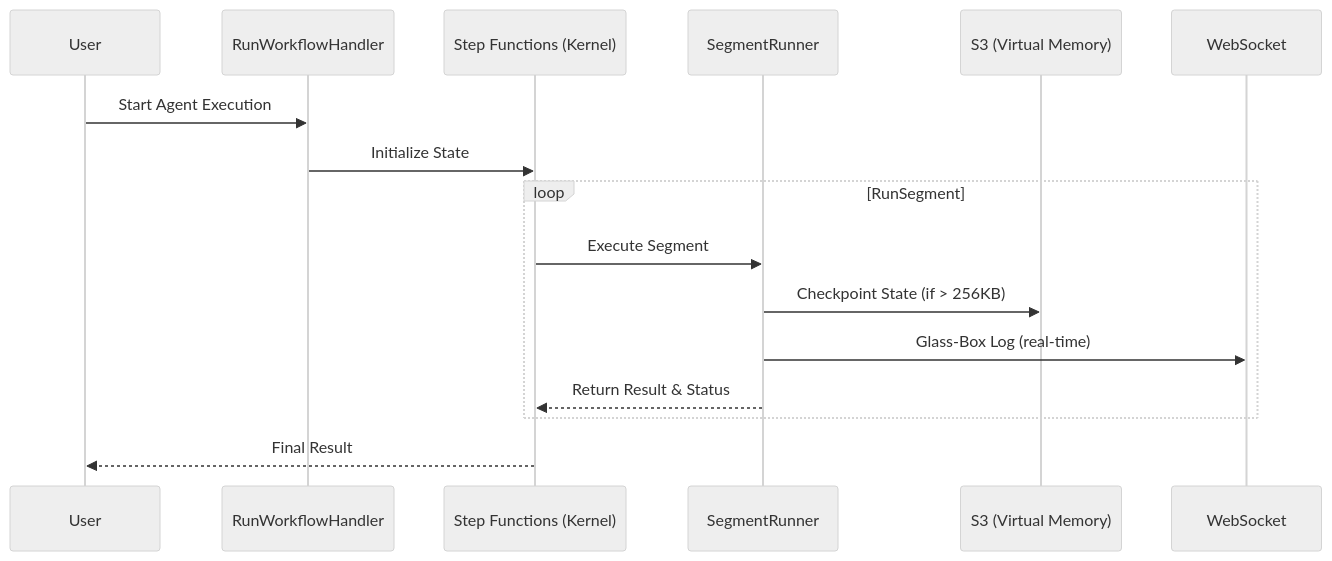
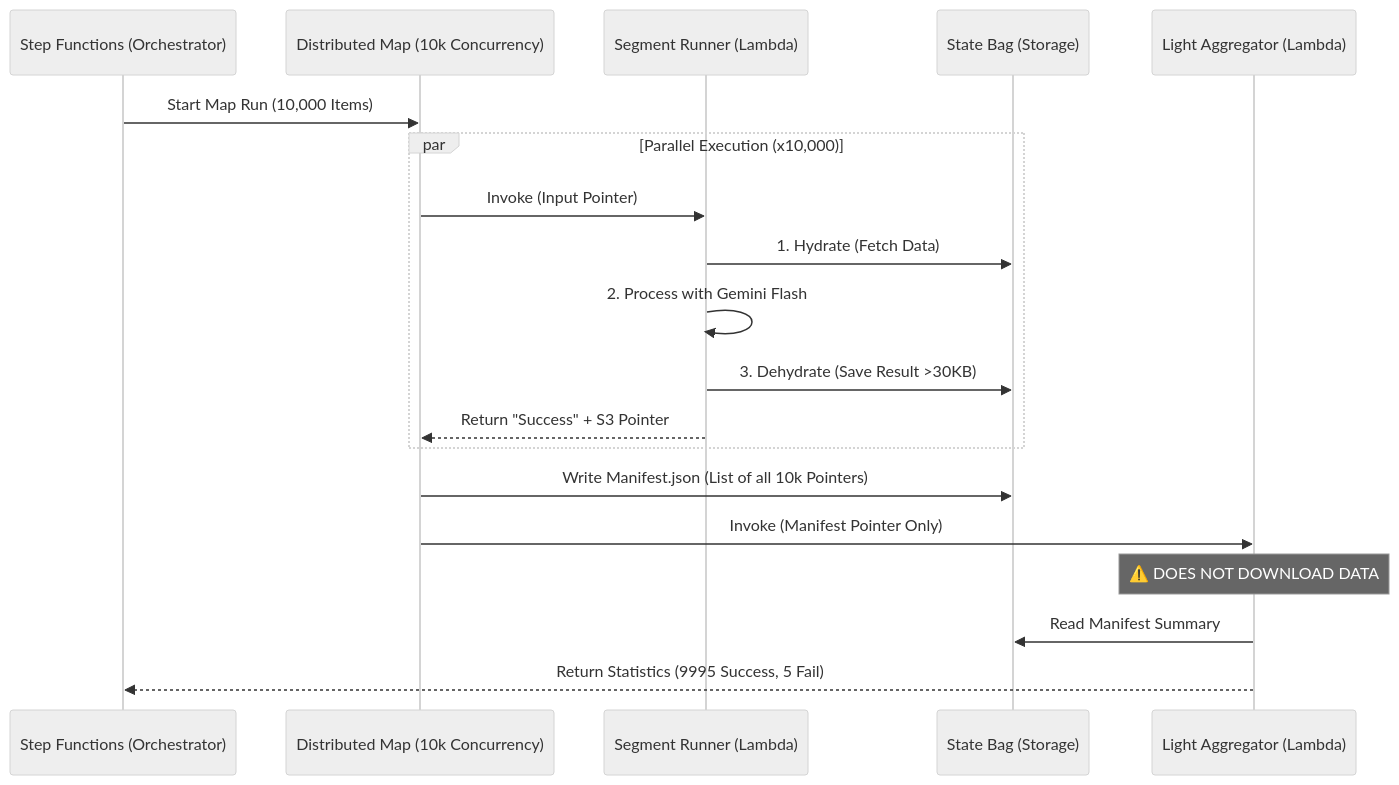
The second of 2 diagrams in analemma-workflow-os/docs/architecture.md (skwuwu/Analemma-Os), drawn with Mermaid (neutral theme) before and after one commit. The commit also changed other lines of this file and 37 other files, not shown here.

First line of the commit message:
Refactor LLM Simulator: Enable SFN Trigger & State Bag Compatibility

````diff
--- a/analemma-workflow-os/docs/architecture.md
+++ b/analemma-workflow-os/docs/architecture.md
@@ -62,21 +146,25 @@
 ```mermaid
 sequenceDiagram
-    participant User
-    participant Handler as RunWorkflowHandler
-    participant SFN as Step Functions (Kernel)
-    participant Lambda as SegmentRunner
-    participant S3 as S3 (Virtual Memory)
-    participant WS as WebSocket
+    participant SFN as Step Functions (Orchestrator)
+    participant Map as Distributed Map (10k Concurrency)
+    participant Worker as Segment Runner (Lambda)
+    participant S3 as State Bag (Storage)
+    participant Agg as Light Aggregator (Lambda)
 
-    User->>Handler: Start Agent Execution
-    Handler->>SFN: Initialize State
+    SFN->>Map: Start Map Run (10,000 Items)
     
-    loop RunSegment
-        SFN->>Lambda: Execute Segment
-        Lambda->>S3: Checkpoint State (if > 256KB)
-        Lambda->>WS: Glass-Box Log (real-time)
-        Lambda-->>SFN: Return Result & Status
+    par Parallel Execution (x10,000)
+        Map->>Worker: Invoke (Input Pointer)
+        Worker->>S3: 1. Hydrate (Fetch Data)
+        Worker->>Worker: 2. Process with Gemini Flash
+        Worker->>S3: 3. Dehydrate (Save Result >30KB)
+        Worker-->>Map: Return "Success" + S3 Pointer
     end
     
-    SFN-->>User: Final Result
+    Map->>S3: Write Manifest.json (List of all 10k Pointers)
+    Map->>Agg: Invoke (Manifest Pointer Only)
+    
+    Note over Agg: ⚠️ DOES NOT DOWNLOAD DATA
+    Agg->>S3: Read Manifest Summary
+    Agg-->>SFN: Return Statistics (9995 Success, 5 Fail)
 ```
````
